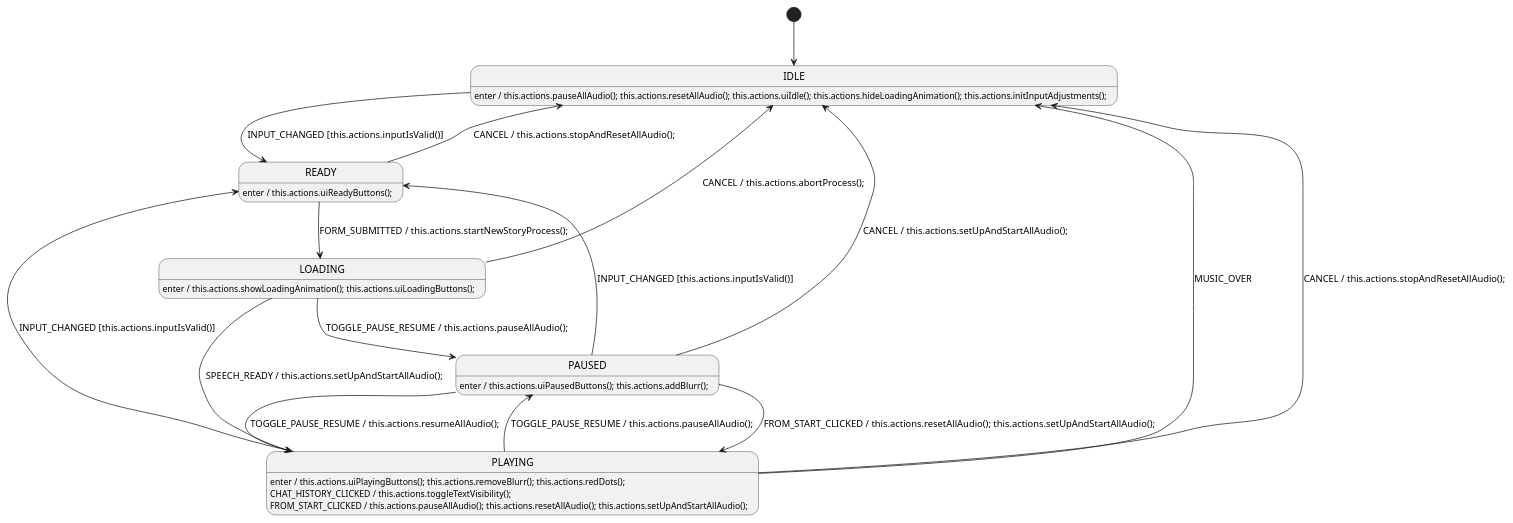
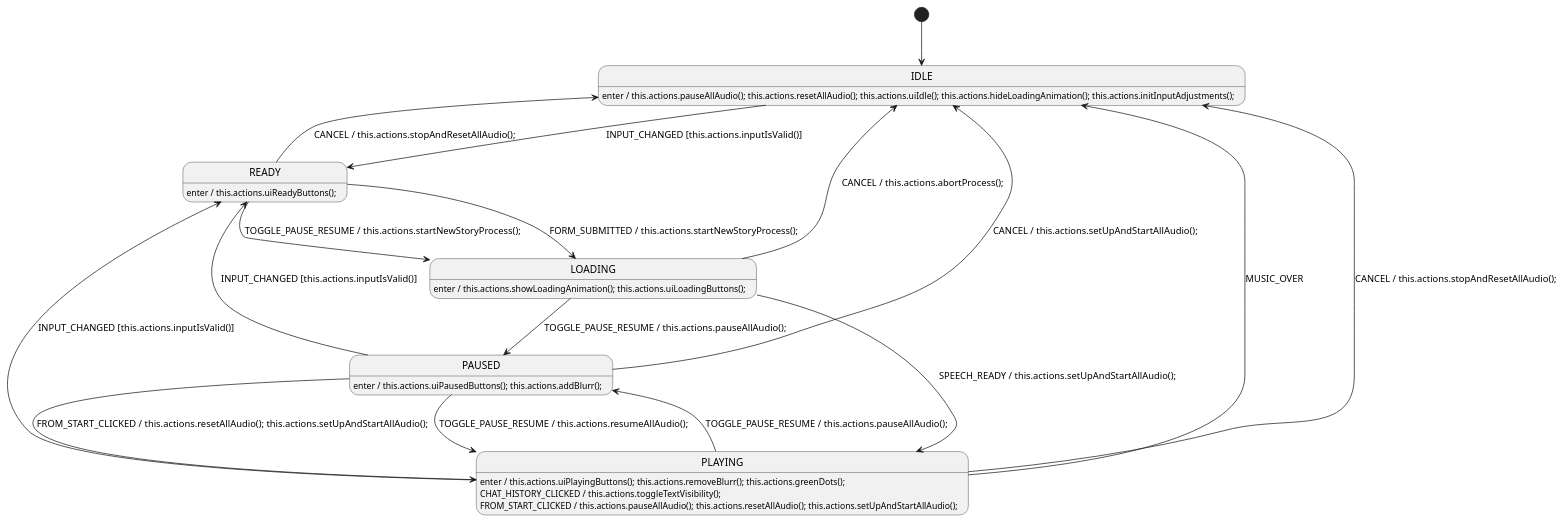
The diagram in static/js/audioSmActions.plantuml (grannygoestoheaven/teller), drawn with PlantUML before and after one commit. The commit also changed 28 other files, not shown here.

```diff
--- a/static/js/audioSmActions.plantuml
+++ b/static/js/audioSmActions.plantuml
@@ -1,45 +1,46 @@
 @startuml AudioStateMachine
 
     '############################ States ############################
 
     [*] --> IDLE
 
     state IDLE
     state READY
     state LOADING
     state PLAYING
     state PAUSED
 
     '############################ Handlers ############################
 
     IDLE: enter / this.actions.pauseAllAudio(); this.actions.resetAllAudio(); this.actions.uiIdle(); this.actions.hideLoadingAnimation(); this.actions.initInputAdjustments();
     IDLE --> READY : INPUT_CHANGED [this.actions.inputIsValid()]
 
     READY: enter / this.actions.uiReadyButtons();
     READY --> LOADING : FORM_SUBMITTED / this.actions.startNewStoryProcess();
+    READY --> LOADING : TOGGLE_PAUSE_RESUME / this.actions.startNewStoryProcess();
     READY --> IDLE: CANCEL / this.actions.stopAndResetAllAudio();
 
     LOADING: enter / this.actions.showLoadingAnimation(); this.actions.uiLoadingButtons();
     LOADING --> PLAYING : SPEECH_READY / this.actions.setUpAndStartAllAudio();
     LOADING --> PAUSED : TOGGLE_PAUSE_RESUME / this.actions.pauseAllAudio();
     LOADING --> IDLE : CANCEL / this.actions.abortProcess();
 
-    PLAYING: enter / this.actions.uiPlayingButtons(); this.actions.removeBlurr(); this.actions.redDots();
+    PLAYING: enter / this.actions.uiPlayingButtons(); this.actions.removeBlurr(); this.actions.greenDots();
     PLAYING --> PAUSED : TOGGLE_PAUSE_RESUME / this.actions.pauseAllAudio();
     PLAYING --> IDLE : MUSIC_OVER
     PLAYING --> READY : INPUT_CHANGED [this.actions.inputIsValid()]
     PLAYING --> IDLE: CANCEL / this.actions.stopAndResetAllAudio();
     PLAYING : CHAT_HISTORY_CLICKED / this.actions.toggleTextVisibility();
     PLAYING : FROM_START_CLICKED / this.actions.pauseAllAudio(); this.actions.resetAllAudio(); this.actions.setUpAndStartAllAudio();
 
     PAUSED: enter / this.actions.uiPausedButtons(); this.actions.addBlurr();
     PAUSED --> PLAYING : TOGGLE_PAUSE_RESUME / this.actions.resumeAllAudio();
     PAUSED --> PLAYING : FROM_START_CLICKED / this.actions.resetAllAudio(); this.actions.setUpAndStartAllAudio();
     PAUSED --> READY : INPUT_CHANGED [this.actions.inputIsValid()]
     PAUSED --> IDLE: CANCEL / this.actions.setUpAndStartAllAudio();
 
 /'! $CONFIG : toml
 SmRunnerSettings.transpilerId = "JavaScript"
 '/
 
 @enduml
```
